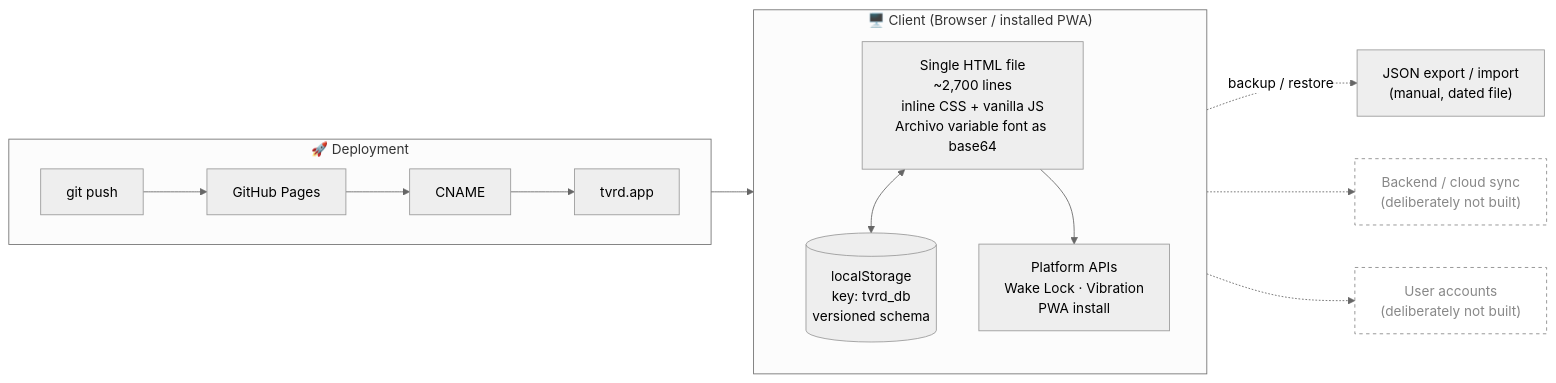
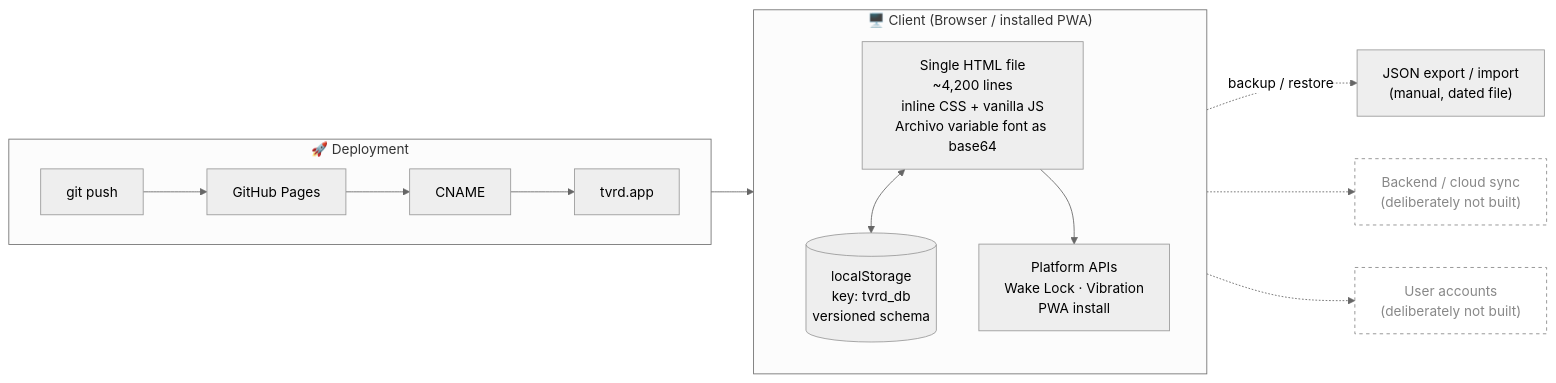
Before and after one commit to leonardoperk/tvrd: the diagram in README.md, drawn with Mermaid (neutral theme). The commit also changed other lines of this file and 3 other files, not shown here.

````diff
--- a/README.md
+++ b/README.md
@@ -176,25 +179,25 @@
 ```mermaid
 flowchart LR
   subgraph Client["🖥️  Client (Browser / installed PWA)"]
     direction TB
-    HTML["Single HTML file<br/>~2,700 lines<br/>inline CSS + vanilla JS<br/>Archivo variable font as base64"]
+    HTML["Single HTML file<br/>~4,200 lines<br/>inline CSS + vanilla JS<br/>Archivo variable font as base64"]
     LS[("localStorage<br/>key: tvrd_db<br/>versioned schema")]
     APIs["Platform APIs<br/>Wake Lock · Vibration<br/>PWA install"]
     HTML <--> LS
     HTML --> APIs
   end
 
   subgraph Deploy["🚀  Deployment"]
     direction LR
     Git["git push"] --> Pages["GitHub Pages"] --> CNAME["CNAME"] --> Domain["tvrd.app"]
   end
 
   Client -.backup / restore.-> JSON["JSON export / import<br/>(manual, dated file)"]
   Deploy --> Client
 
   classDef missing stroke-dasharray:4 4,color:#888,fill:transparent,stroke:#888
   Backend["Backend / cloud sync<br/>(deliberately not built)"]:::missing
   Auth["User accounts<br/>(deliberately not built)"]:::missing
   Client -.-> Backend
   Client -.-> Auth
 ```
````
